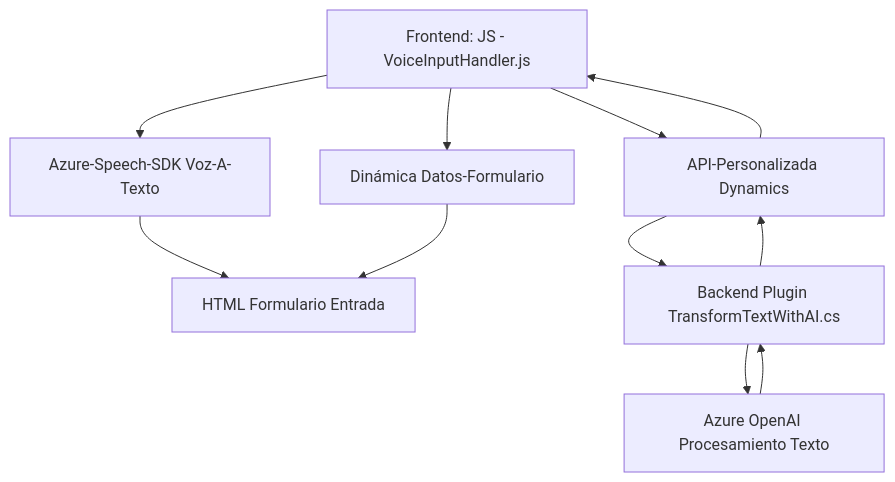
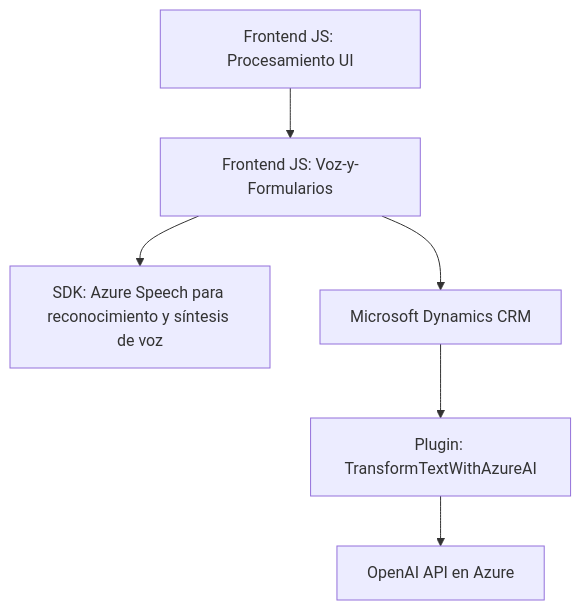
Before and after one commit to blopezdm/NETCORE_BILBAO2025: the diagram in README.md, drawn with Mermaid. The commit also changed other lines of this file, not shown here.

````diff
--- a/README.md
+++ b/README.md
@@ -30,13 +41,15 @@
 ```mermaid
 graph TD
-    A[Frontend: JS - VoiceInputHandler.js] --> B[Azure-Speech-SDK Voz-A-Texto]
-    A --> C[Dinámica Datos-Formulario]
-    B --> D[HTML Formulario Entrada]
-    C --> D
-    A --> E[API-Personalizada Dynamics]
-    E --> F[Backend Plugin TransformTextWithAI.cs]
-    F --> G[Azure OpenAI Procesamiento Texto]
-    G --> F
-    F --> E
-    E --> A
+    A["Frontend JS: Procesamiento UI"]
+    B["Frontend JS: Voz-y-Formularios"]
+    C["SDK: Azure Speech para reconocimiento y síntesis de voz"]
+    D["Microsoft Dynamics CRM"]
+    E["Plugin: TransformTextWithAzureAI"]
+    F["OpenAI API en Azure"]
+
+    A --> B
+    B --> C
+    B --> D
+    D --> E
+    E --> F
 ```
````
